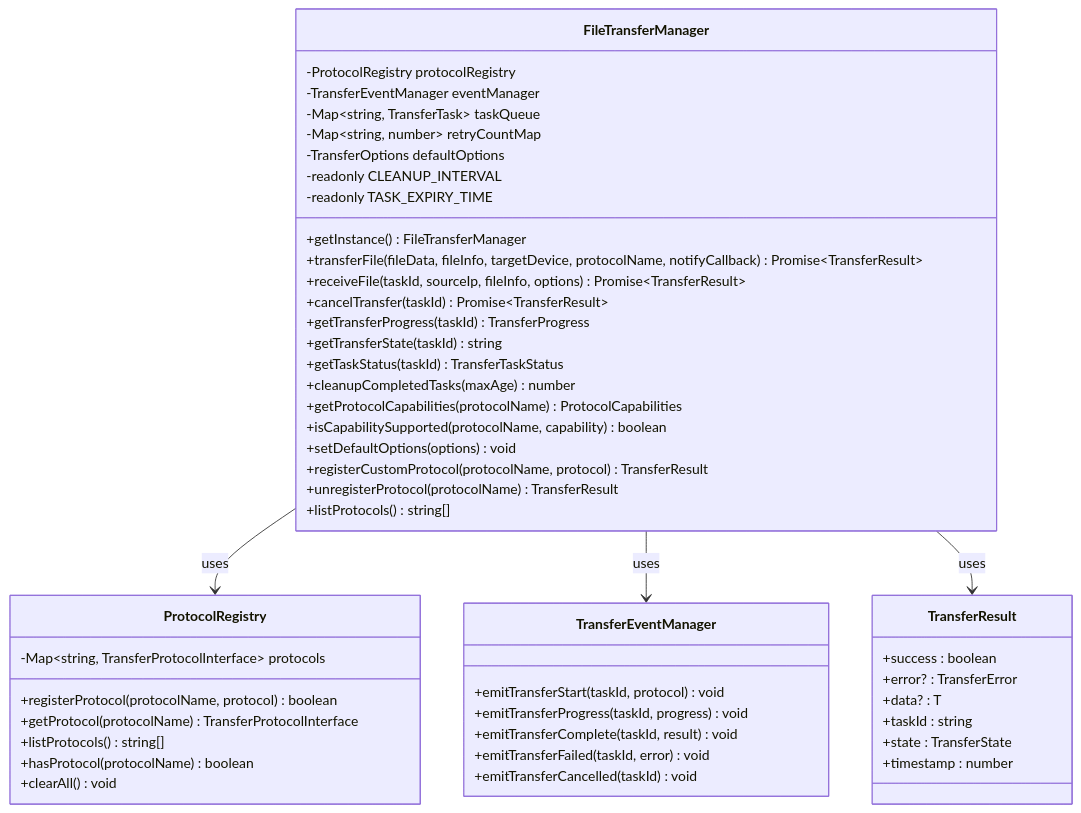
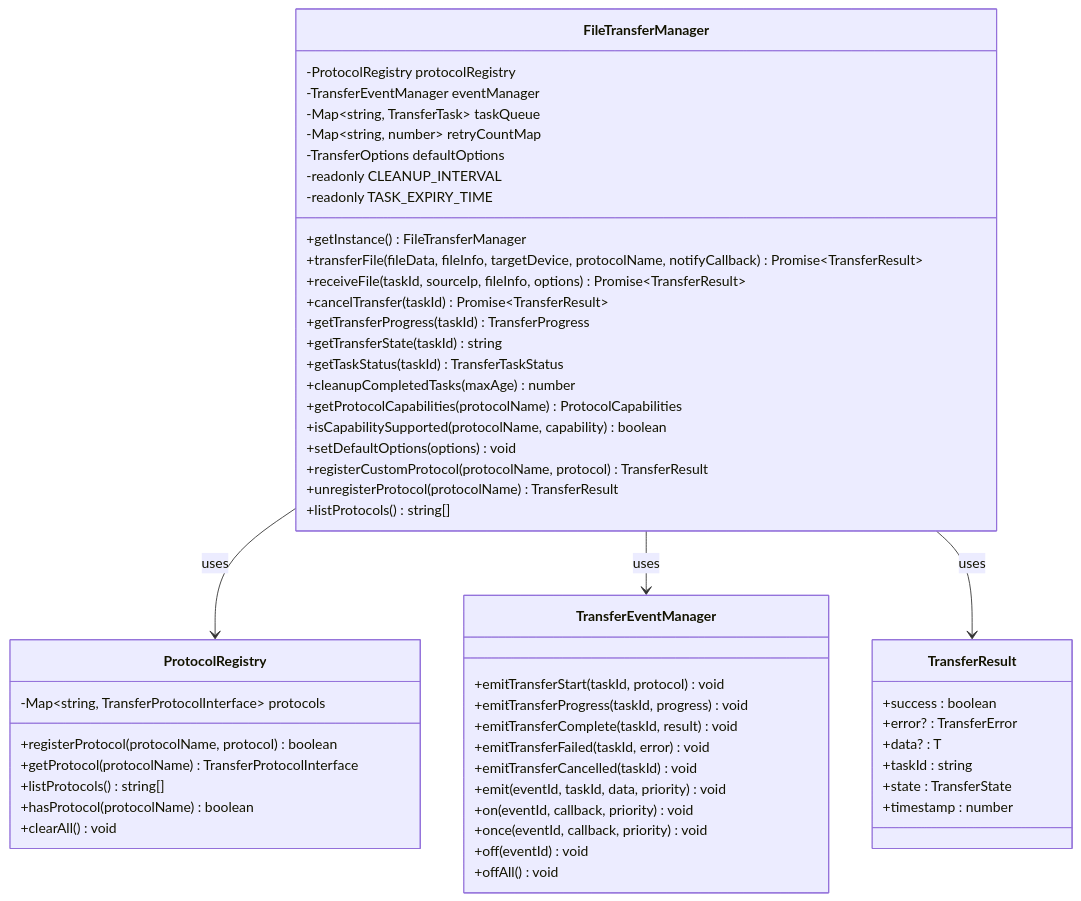
Before and after one commit to huo65/OH-Co3: the second of 11 diagrams in .qoder/repowiki/zh/content/核心架构设计/文件传输系统.md, drawn with Mermaid. The commit also changed other lines of this file and 8 other files, not shown here.

````diff
--- a/.qoder/repowiki/zh/content/核心架构设计/文件传输系统.md
+++ b/.qoder/repowiki/zh/content/核心架构设计/文件传输系统.md
@@ -140,52 +159,57 @@
 ```mermaid
 classDiagram
 class FileTransferManager {
 -ProtocolRegistry protocolRegistry
 -TransferEventManager eventManager
 -Map~string, TransferTask~ taskQueue
 -Map~string, number~ retryCountMap
 -TransferOptions defaultOptions
 -readonly CLEANUP_INTERVAL
 -readonly TASK_EXPIRY_TIME
 +getInstance() FileTransferManager
 +transferFile(fileData, fileInfo, targetDevice, protocolName, notifyCallback) Promise~TransferResult~
 +receiveFile(taskId, sourceIp, fileInfo, options) Promise~TransferResult~
 +cancelTransfer(taskId) Promise~TransferResult~
 +getTransferProgress(taskId) TransferProgress
 +getTransferState(taskId) string
 +getTaskStatus(taskId) TransferTaskStatus
 +cleanupCompletedTasks(maxAge) number
 +getProtocolCapabilities(protocolName) ProtocolCapabilities
 +isCapabilitySupported(protocolName, capability) boolean
 +setDefaultOptions(options) void
 +registerCustomProtocol(protocolName, protocol) TransferResult
 +unregisterProtocol(protocolName) TransferResult
 +listProtocols() string[]
 }
 class ProtocolRegistry {
 -Map~string, TransferProtocolInterface~ protocols
 +registerProtocol(protocolName, protocol) boolean
 +getProtocol(protocolName) TransferProtocolInterface
 +listProtocols() string[]
 +hasProtocol(protocolName) boolean
 +clearAll() void
 }
 class TransferEventManager {
 +emitTransferStart(taskId, protocol) void
 +emitTransferProgress(taskId, progress) void
 +emitTransferComplete(taskId, result) void
 +emitTransferFailed(taskId, error) void
 +emitTransferCancelled(taskId) void
++emit(eventId, taskId, data, priority) void
++on(eventId, callback, priority) void
++once(eventId, callback, priority) void
++off(eventId) void
++offAll() void
 }
 class TransferResult {
 +success : boolean
 +error? : TransferError
 +data? : T
 +taskId : string
 +state : TransferState
 +timestamp : number
 }
 FileTransferManager --> ProtocolRegistry : uses
 FileTransferManager --> TransferEventManager : uses
 FileTransferManager --> TransferResult : uses
 ```
````
